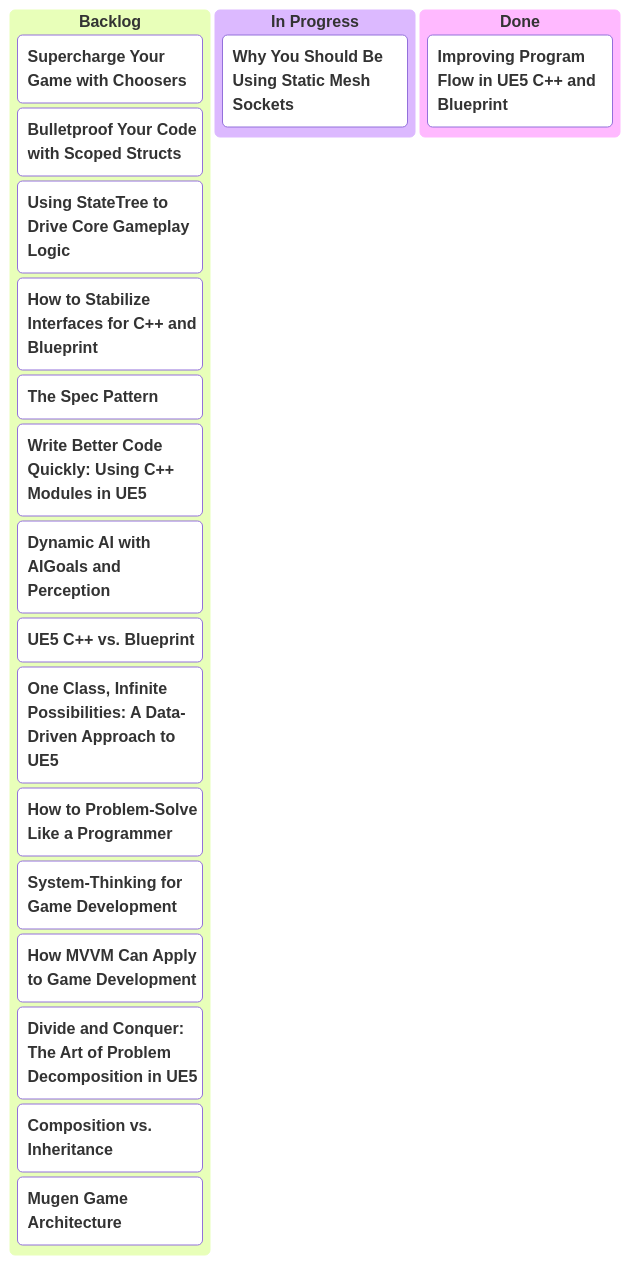
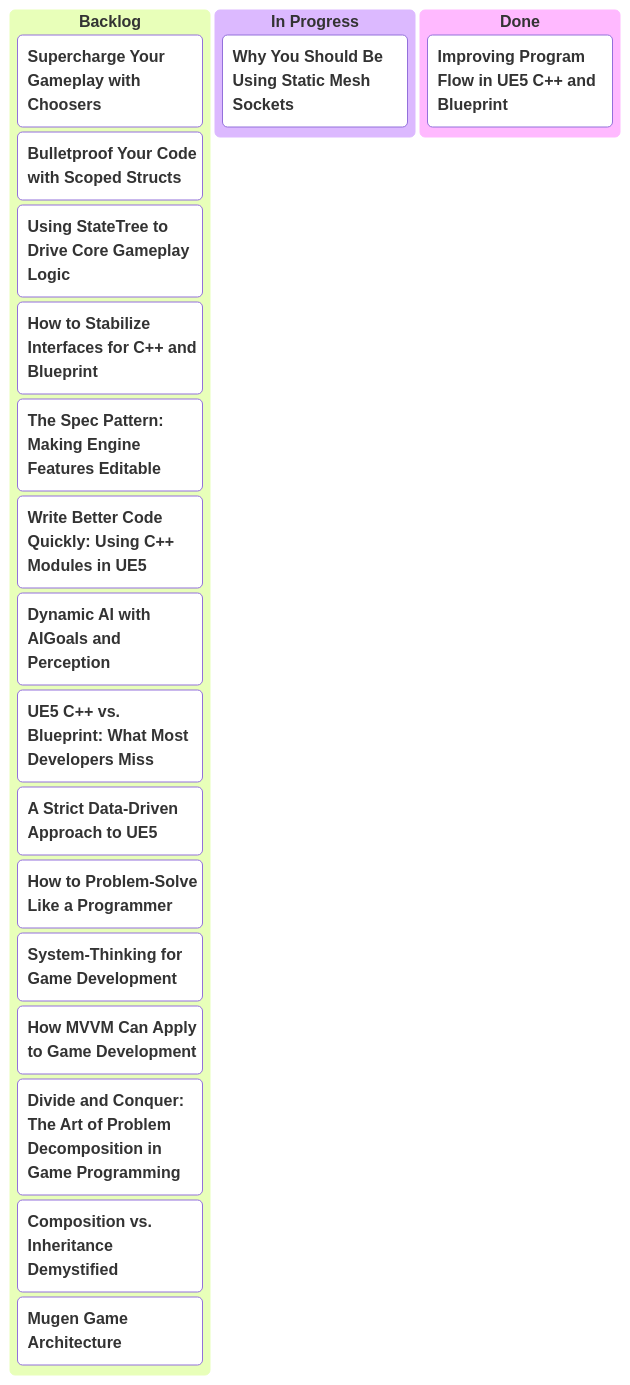
The diagram in kanban.md (mugenmelon/mugenmelon.github.io), drawn with Mermaid before and after one commit. The commit also changed 3 other files, not shown here.

```diff
--- a/kanban.md
+++ b/kanban.md
@@ -8,24 +8,24 @@
 <pre class="mermaid">
 kanban
     ["`**Backlog**`"]
-        ["`**Supercharge Your Game with Choosers**`"]
+        ["`**Supercharge Your Gameplay with Choosers**`"]
         ["`**Bulletproof Your Code with Scoped Structs**`"]
         ["`**Using StateTree to Drive Core Gameplay Logic**`"]
         ["`**How to Stabilize Interfaces for C++ and Blueprint**`"]
-        ["`**The Spec Pattern**`"]
+        ["`**The Spec Pattern: Making Engine Features Editable**`"]
         ["`**Write Better Code Quickly: Using C++ Modules in UE5**`"]
         ["`**Dynamic AI with AIGoals and Perception**`"]
         
-        ["`**UE5 C++ vs. Blueprint**`"]
-        ["`**One Class, Infinite Possibilities: A Data-Driven Approach to UE5**`"]
+        ["`**UE5 C++ vs. Blueprint: What Most Developers Miss**`"]
+        ["`**A Strict Data-Driven Approach to UE5**`"]
         ["`**How to Problem-Solve Like a Programmer**`"]
         ["`**System-Thinking for Game Development**`"]
         ["`**How MVVM Can Apply to Game Development**`"]
-        ["`**Divide and Conquer: The Art of Problem Decomposition in UE5**`"]
-        ["`**Composition vs. Inheritance**`"]
+        ["`**Divide and Conquer: The Art of Problem Decomposition in Game Programming**`"]
+        ["`**Composition vs. Inheritance Demystified**`"]
         ["`**Mugen Game Architecture**`"]
     ["`**In Progress**`"]
         ["`**Why You Should Be Using Static Mesh Sockets**`"]
     ["`**Done**`"]
         ["`**Improving Program Flow in UE5 C++ and Blueprint**`"]
 </pre>
```
